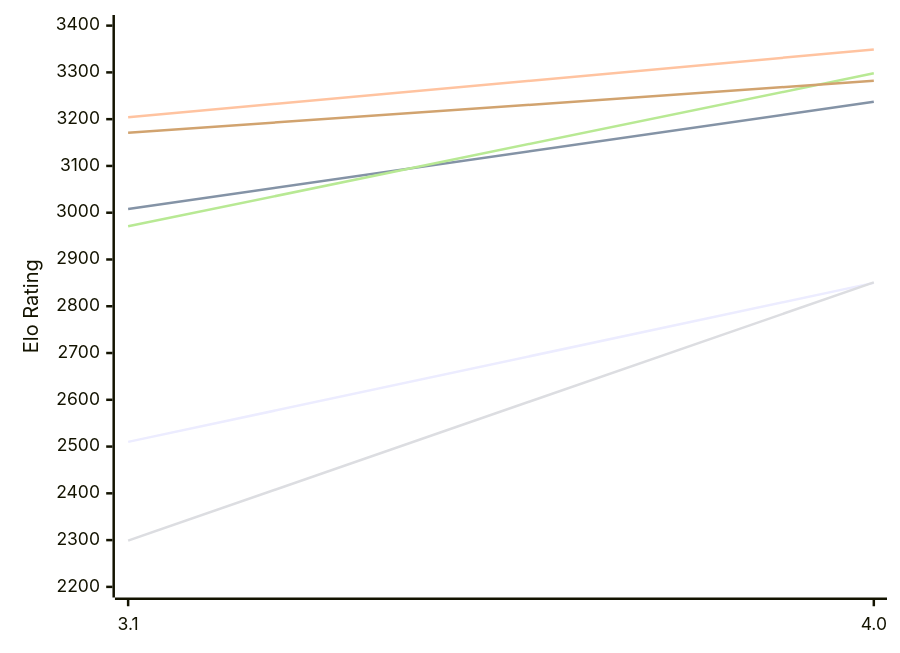
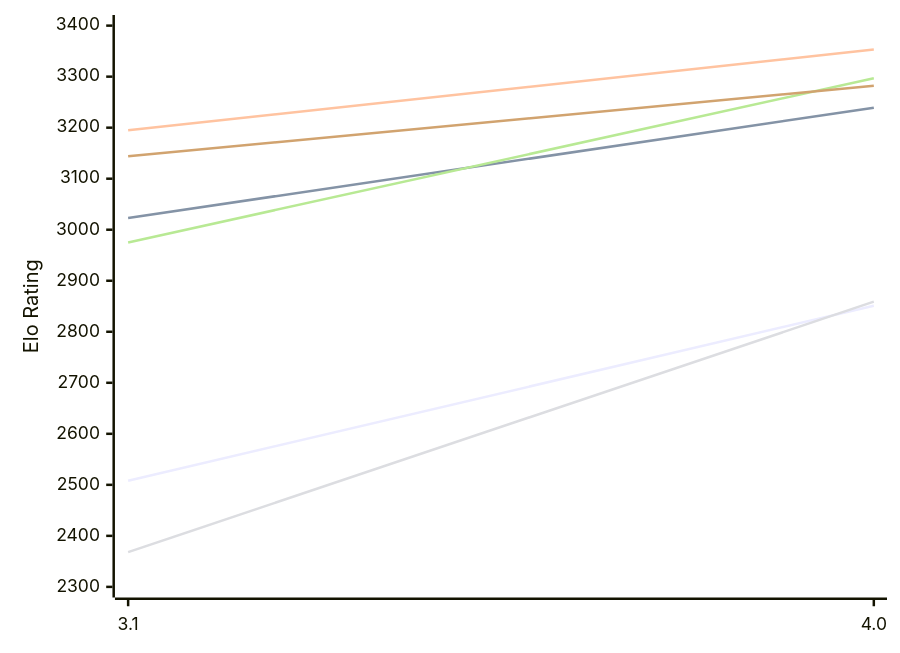
The first of 2 diagrams in engines/Sykora.md (computer-chess-index/cci), drawn with Mermaid before and after one commit. The commit also changed other lines of this file, not shown here.

Commit message:
Update CCI Ratings (ELO VLTC) - 2026-11-17

````diff
--- a/engines/Sykora.md
+++ b/engines/Sykora.md
@@ -53,12 +53,12 @@
 ```mermaid
 %%{init: {"theme":"base","themeVariables":{"seriesColors:['#a3a3a3','#222221','#faa371']}}}%%
 xychart-beta
   x-axis ["3.1", "4.0"]
-  y-axis "Elo Rating" 2200 --> 3400
-  line "E1: STC (8.0+0.08s)" [2510, 2850]
-  line "E1: LTC (60.0+0.60s)" [3008, 3237]
-  line "E1: VLTC (2m24s+1.12s)" [3204, 3349]
-  line "P1: STC (8.0+0.08s)" [2299, 2851]
-  line "P1: LTC (60.0+0.60s)" [2971, 3298]
-  line "P1: VLTC (2m24s+1.12s)" [3171, 3282]
+  y-axis "Elo Rating" 2300 --> 3400
+  line "E1: STC (8.0+0.08s)" [2508, 2851]
+  line "E1: LTC (60.0+0.60s)" [3023, 3239]
+  line "E1: VLTC (2m24s+1.12s)" [3195, 3353]
+  line "P1: STC (8.0+0.08s)" [2368, 2859]
+  line "P1: LTC (60.0+0.60s)" [2975, 3297]
+  line "P1: VLTC (2m24s+1.12s)" [3144, 3282]
 ```
````
